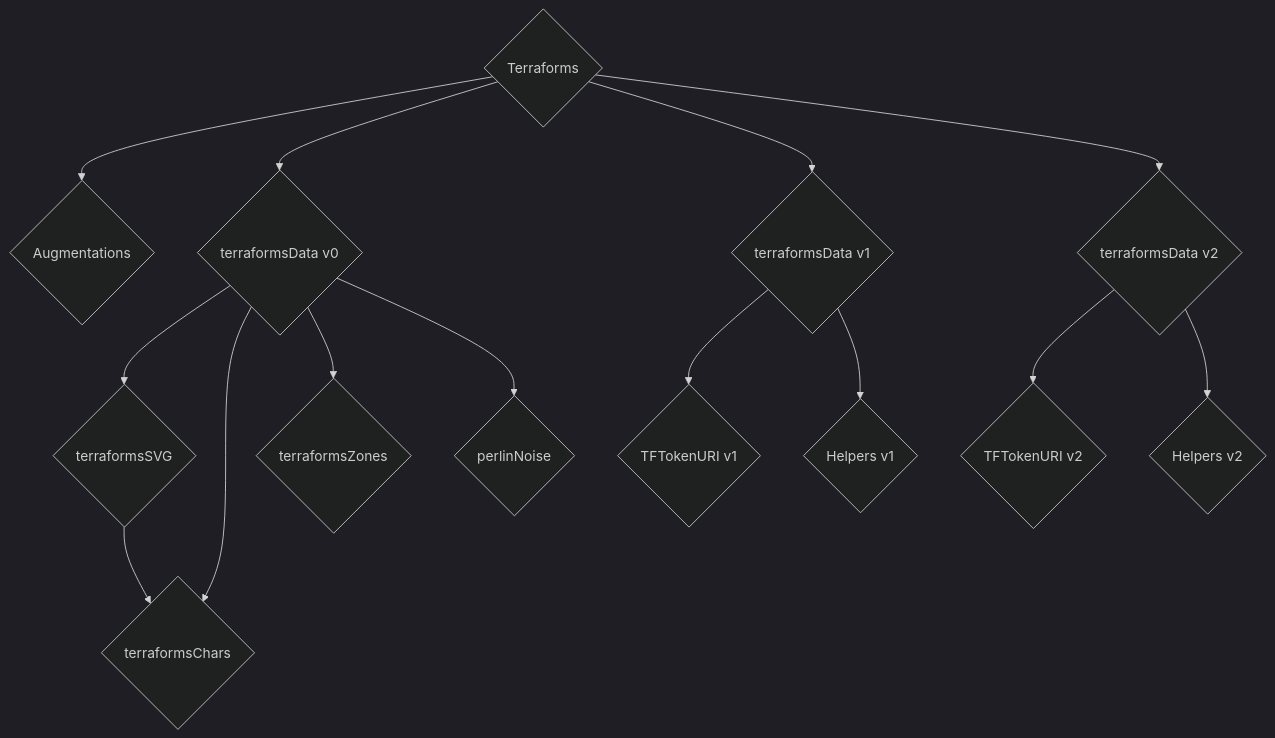
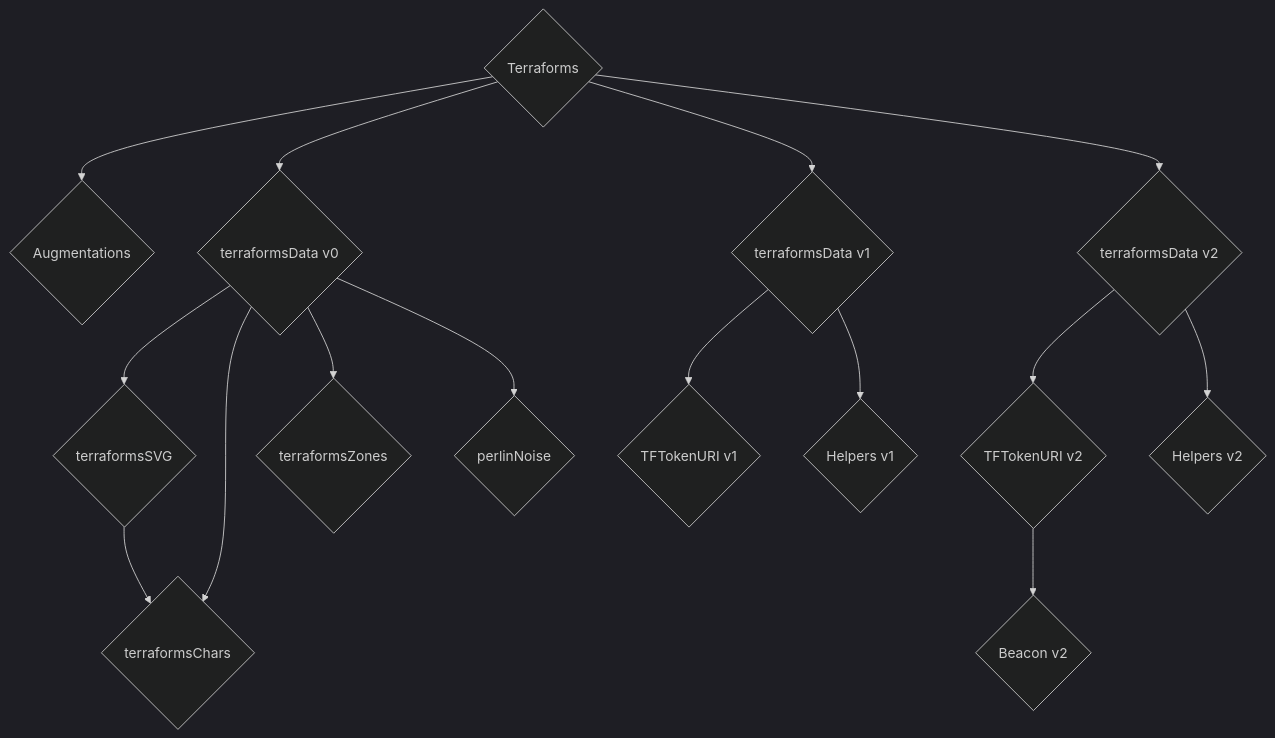
Before and after one commit to thebadcc/terraform-docs: the first of 2 diagrams in contracts/Terraforms.md, drawn with Mermaid (dark theme).

````diff
--- a/contracts/Terraforms.md
+++ b/contracts/Terraforms.md
@@ -22,16 +22,17 @@
 ```mermaid
 graph TD
     A{Terraforms} --> B{Augmentations}
     A --> C{terraformsData v0}
     A --> D{terraformsData v1}
     A --> E{terraformsData v2}
     C --> F{terraformsSVG}
     C --> G{terraformsChars}
     C --> H{terraformsZones}
     C --> I{perlinNoise}
     D --> J{TFTokenURI v1}
     D --> K{Helpers v1}
     E --> L{TFTokenURI v2}
     E --> M{Helpers v2}
     F --> G
+    L --> N{Beacon v2}
 ```
````
